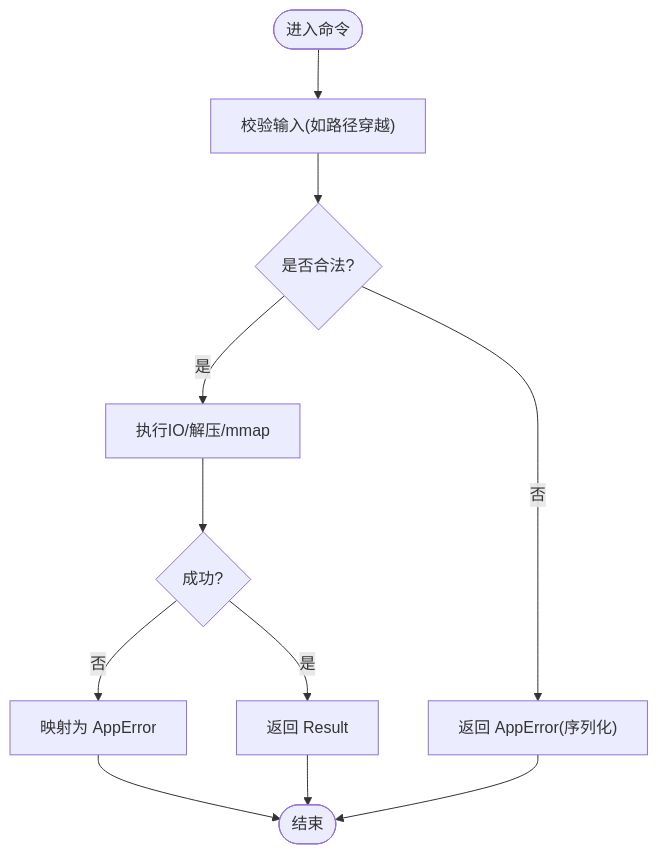
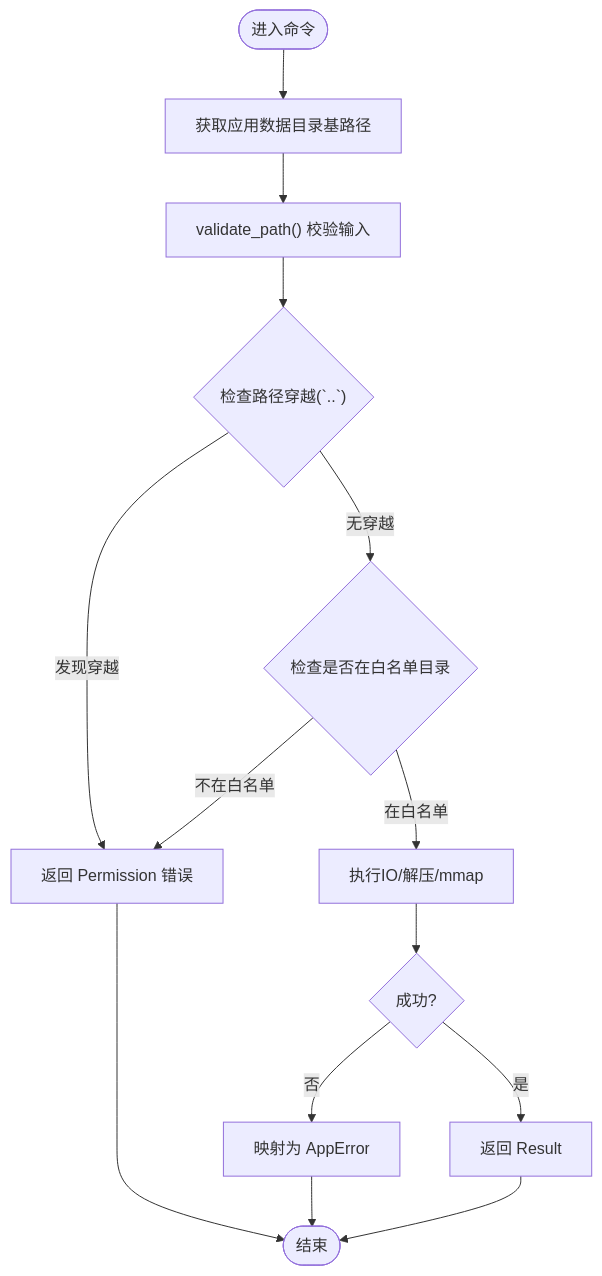
Before and after one commit to taoweidong/Hello-Tauri: the fifth of 12 diagrams in .qoder/repowiki/zh/content/架构设计/前后端通信机制/前后端通信机制.md, drawn with Mermaid. The commit also changed other lines of this file and 119 other files, not shown here.

````diff
--- a/.qoder/repowiki/zh/content/架构设计/前后端通信机制/前后端通信机制.md
+++ b/.qoder/repowiki/zh/content/架构设计/前后端通信机制/前后端通信机制.md
@@ -232,13 +260,16 @@
 ```mermaid
 flowchart TD
-Start(["进入命令"]) --> Validate["校验输入(如路径穿越)"]
-Validate --> Valid{"是否合法?"}
-Valid -- "否" --> ErrReturn["返回 AppError(序列化)"]
-Valid -- "是" --> DoWork["执行IO/解压/mmap"]
+Start(["进入命令"]) --> GetBase["获取应用数据目录基路径"]
+GetBase --> Validate["validate_path() 校验输入"]
+Validate --> CheckTraversal{"检查路径穿越(`..`)"}
+CheckTraversal -- "发现穿越" --> PermErr["返回 Permission 错误"]
+CheckTraversal -- "无穿越" --> CheckWhitelist{"检查是否在白名单目录"}
+CheckWhitelist -- "不在白名单" --> PermErr
+CheckWhitelist -- "在白名单" --> DoWork["执行IO/解压/mmap"]
 DoWork --> Ok{"成功?"}
 Ok -- "否" --> MapErr["映射为 AppError"]
 Ok -- "是" --> ReturnOk["返回 Result<T, _>"]
 MapErr --> End(["结束"])
 ReturnOk --> End
-ErrReturn --> End
+PermErr --> End
 ```
````
